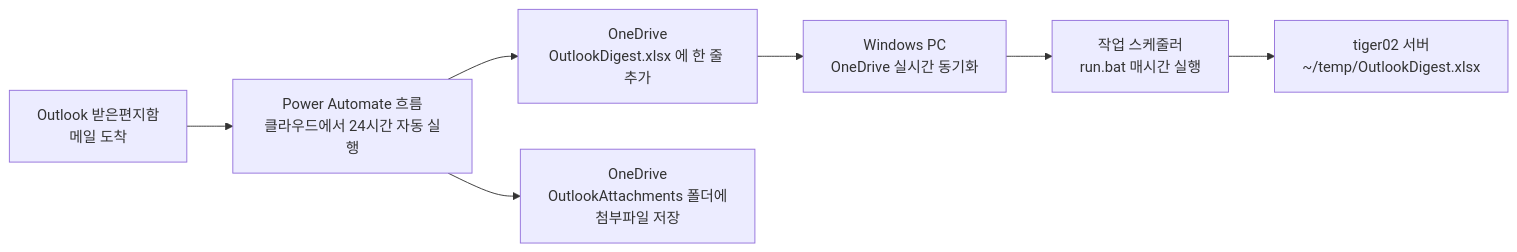
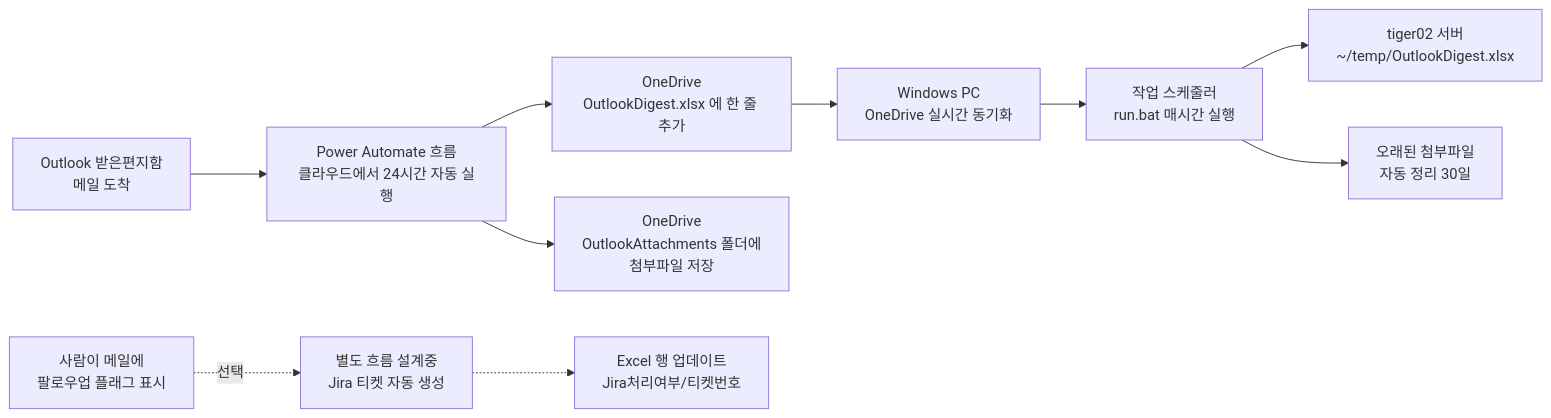
The diagram in README.md (cheoljoo/outlook-mail-digest), drawn with Mermaid before and after one commit. The commit also changed other lines of this file and 3 other files, not shown here.

````diff
--- a/README.md
+++ b/README.md
@@ -9,9 +9,12 @@
 ```mermaid
 flowchart LR
     A[Outlook 받은편지함<br/>메일 도착] --> B[Power Automate 흐름<br/>클라우드에서 24시간 자동 실행]
     B --> C[OneDrive<br/>OutlookDigest.xlsx 에 한 줄 추가]
     B --> D[OneDrive<br/>OutlookAttachments 폴더에<br/>첨부파일 저장]
     C --> E[Windows PC<br/>OneDrive 실시간 동기화]
     E --> F[작업 스케줄러<br/>run.bat 매시간 실행]
     F --> G[tiger02 서버<br/>~/temp/OutlookDigest.xlsx]
+    F --> H[오래된 첨부파일<br/>자동 정리 30일]
+    P[사람이 메일에<br/>팔로우업 플래그 표시] -.선택.-> J[별도 흐름 설계중<br/>Jira 티켓 자동 생성]
+    J -.-> K[Excel 행 업데이트<br/>Jira처리여부/티켓번호]
 ```
````
